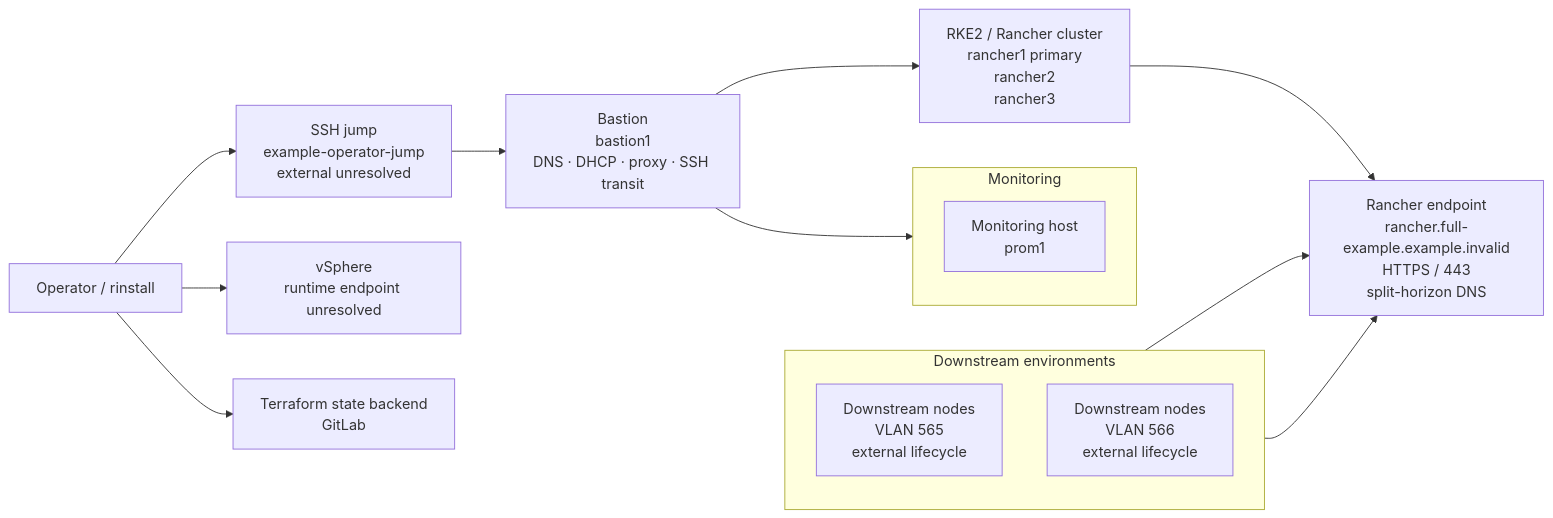
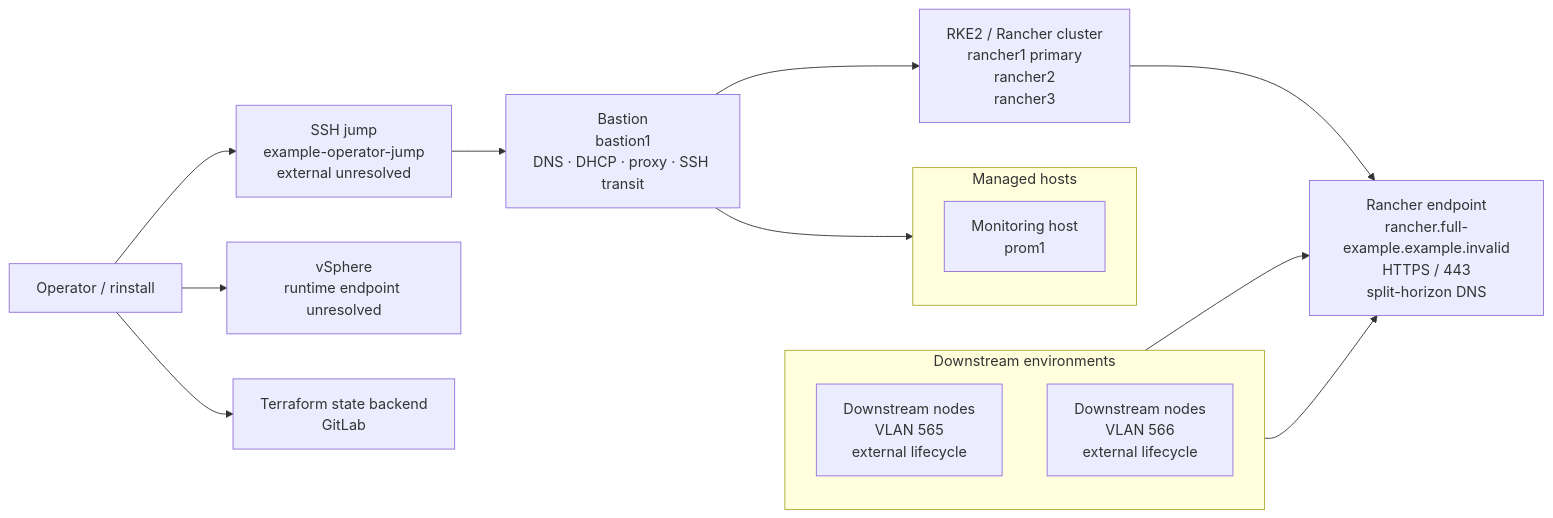
The first of 2 diagrams in examples/full/topology.md (davidhrbac/rinstall), drawn with Mermaid before and after one commit. The commit also changed other lines of this file and 7 other files, not shown here.

````diff
--- a/examples/full/topology.md
+++ b/examples/full/topology.md
@@ -8,28 +8,28 @@
 ```mermaid
 flowchart LR
   actor_operator_workstation_974971eaa5["Operator / rinstall"]
   endpoint_endpoint_ssh_jump_f7b7c2ca2d["SSH jump<br/>example-operator-jump<br/>external unresolved"]
   host_bastion1_fd65cf69ce["Bastion<br/>bastion1<br/>DNS · DHCP · proxy · SSH transit"]
-  subgraph monitoring["Monitoring"]
+  subgraph managed_hosts["Managed hosts"]
     direction TB
     host_prom1_abf2e7bd7a["Monitoring host<br/>prom1"]
   end
   cluster_cluster_rke2_rancher_de77c71a50["RKE2 / Rancher cluster<br/>rancher1 primary<br/>rancher2<br/>rancher3"]
   endpoint_endpoint_rancher_0637b61772["Rancher endpoint<br/>rancher.full-example.example.invalid<br/>HTTPS / 443<br/>split-horizon DNS"]
   subgraph downstream["Downstream environments"]
     direction TB
     consumer_consumer_downstream_vlan565_dfc74929d4["Downstream nodes<br/>VLAN 565<br/>external lifecycle"]
     consumer_consumer_downstream_vlan566_30b7d29b35["Downstream nodes<br/>VLAN 566<br/>external lifecycle"]
   end
   endpoint_endpoint_vcenter_bba77268c7["vSphere<br/>runtime endpoint unresolved"]
   endpoint_endpoint_terraform_backend_a27fbcb411["Terraform state backend<br/>GitLab"]
   actor_operator_workstation_974971eaa5 --> endpoint_endpoint_ssh_jump_f7b7c2ca2d
   endpoint_endpoint_ssh_jump_f7b7c2ca2d --> host_bastion1_fd65cf69ce
   host_bastion1_fd65cf69ce --> host_prom1_abf2e7bd7a
   host_bastion1_fd65cf69ce --> cluster_cluster_rke2_rancher_de77c71a50
   cluster_cluster_rke2_rancher_de77c71a50 --> endpoint_endpoint_rancher_0637b61772
   consumer_consumer_downstream_vlan565_dfc74929d4 --> endpoint_endpoint_rancher_0637b61772
   consumer_consumer_downstream_vlan566_30b7d29b35 --> endpoint_endpoint_rancher_0637b61772
   actor_operator_workstation_974971eaa5 --> endpoint_endpoint_vcenter_bba77268c7
   actor_operator_workstation_974971eaa5 --> endpoint_endpoint_terraform_backend_a27fbcb411
 ```
````
